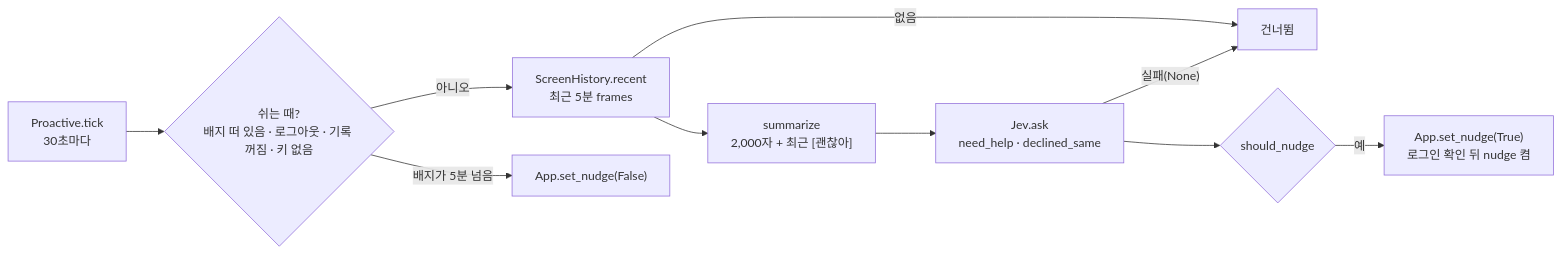
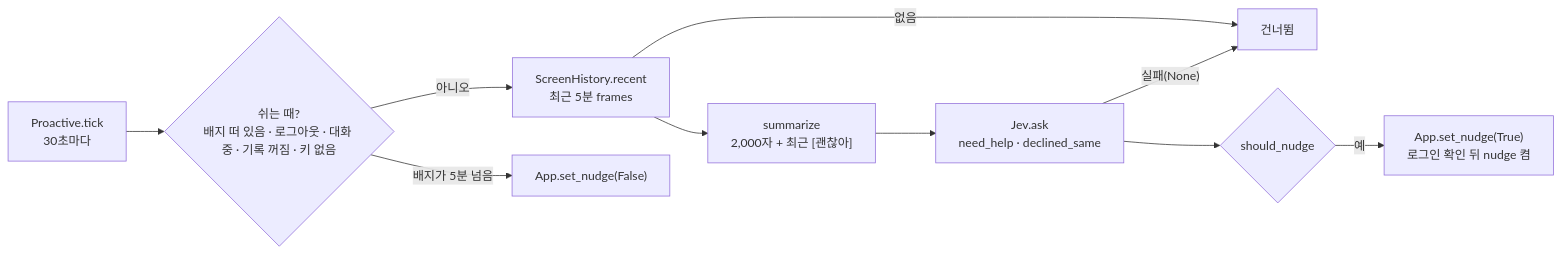
Diagram 11 of 21 in ARCHITECTURE.md (HEOSEONGILml/AssistantChatBot), drawn with Mermaid before and after one commit. The commit also changed other lines of this file and 7 other files, not shown here.

````diff
--- a/ARCHITECTURE.md
+++ b/ARCHITECTURE.md
@@ -342,12 +342,12 @@
 ```mermaid
 flowchart LR
-  T["Proactive.tick<br>30초마다"] --> REST{"쉬는 때?<br>배지 떠 있음 · 로그아웃 · 기록 꺼짐 · 키 없음"}
+  T["Proactive.tick<br>30초마다"] --> REST{"쉬는 때?<br>배지 떠 있음 · 로그아웃 · 대화 중 · 기록 꺼짐 · 키 없음"}
   REST -->|"아니오"| H["ScreenHistory.recent<br>최근 5분 frames"]
   H -->|"없음"| SKIP["건너뜀"]
   H --> SUM["summarize<br>2,000자 + 최근 [괜찮아]"]
   SUM --> J["Jev.ask<br>need_help · declined_same"]
   J -->|"실패(None)"| SKIP
   J --> C{"should_nudge"}
   C -->|"예"| ON["App.set_nudge(True)<br>로그인 확인 뒤 nudge 켬"]
   REST -->|"배지가 5분 넘음"| OFF["App.set_nudge(False)"]
 ```
````
